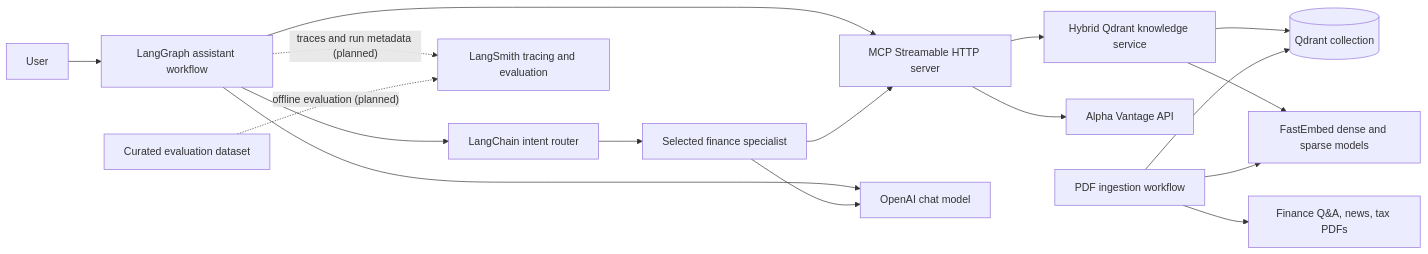
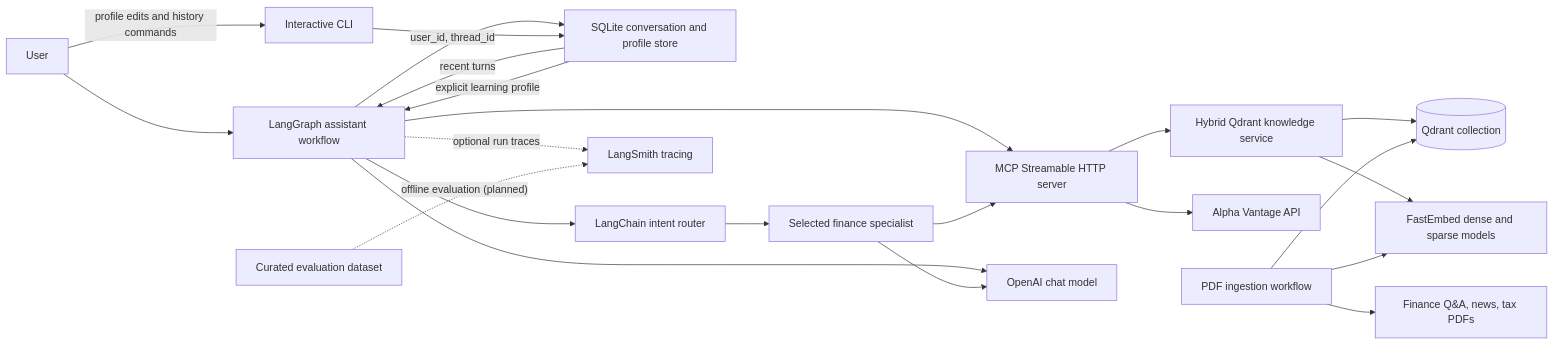
Before and after one commit to prashrao27/FinanceAssistance: the diagram in README.md, drawn with Mermaid. The commit also changed other lines of this file and 13 other files, not shown here.

Commit message:
Fixing the external tool calling issue and adding conversation store

````diff
--- a/README.md
+++ b/README.md
@@ -45,19 +45,24 @@
 ```mermaid
 flowchart LR
     User[User] --> Workflow[LangGraph assistant workflow]
+    Workflow -->|user_id, thread_id| ConversationStore[SQLite conversation and profile store]
+    ConversationStore -->|recent turns| Workflow
+    ConversationStore -->|explicit learning profile| Workflow
+    User -->|profile edits and history commands| CLI[Interactive CLI]
+    CLI --> ConversationStore
     Workflow --> Router[LangChain intent router]
     Router --> Specialist[Selected finance specialist]
     Workflow --> MCP[MCP Streamable HTTP server]
     Specialist --> MCP
     MCP --> Knowledge[Hybrid Qdrant knowledge service]
     Knowledge --> Qdrant[(Qdrant collection)]
     Knowledge --> Embedding[FastEmbed dense and sparse models]
     MCP --> FinanceAPI[Alpha Vantage API]
     Workflow --> LLM[OpenAI chat model]
     Specialist --> LLM
     Ingestion[PDF ingestion workflow] --> PDFs[Finance Q&A, news, tax PDFs]
     Ingestion --> Embedding
     Ingestion --> Qdrant
-    Workflow -. "traces and run metadata (planned)" .-> LangSmith[LangSmith tracing and evaluation]
+    Workflow -. "optional run traces" .-> LangSmith[LangSmith tracing]
     EvalSet[Curated evaluation dataset] -. "offline evaluation (planned)" .-> LangSmith
 ```
````
